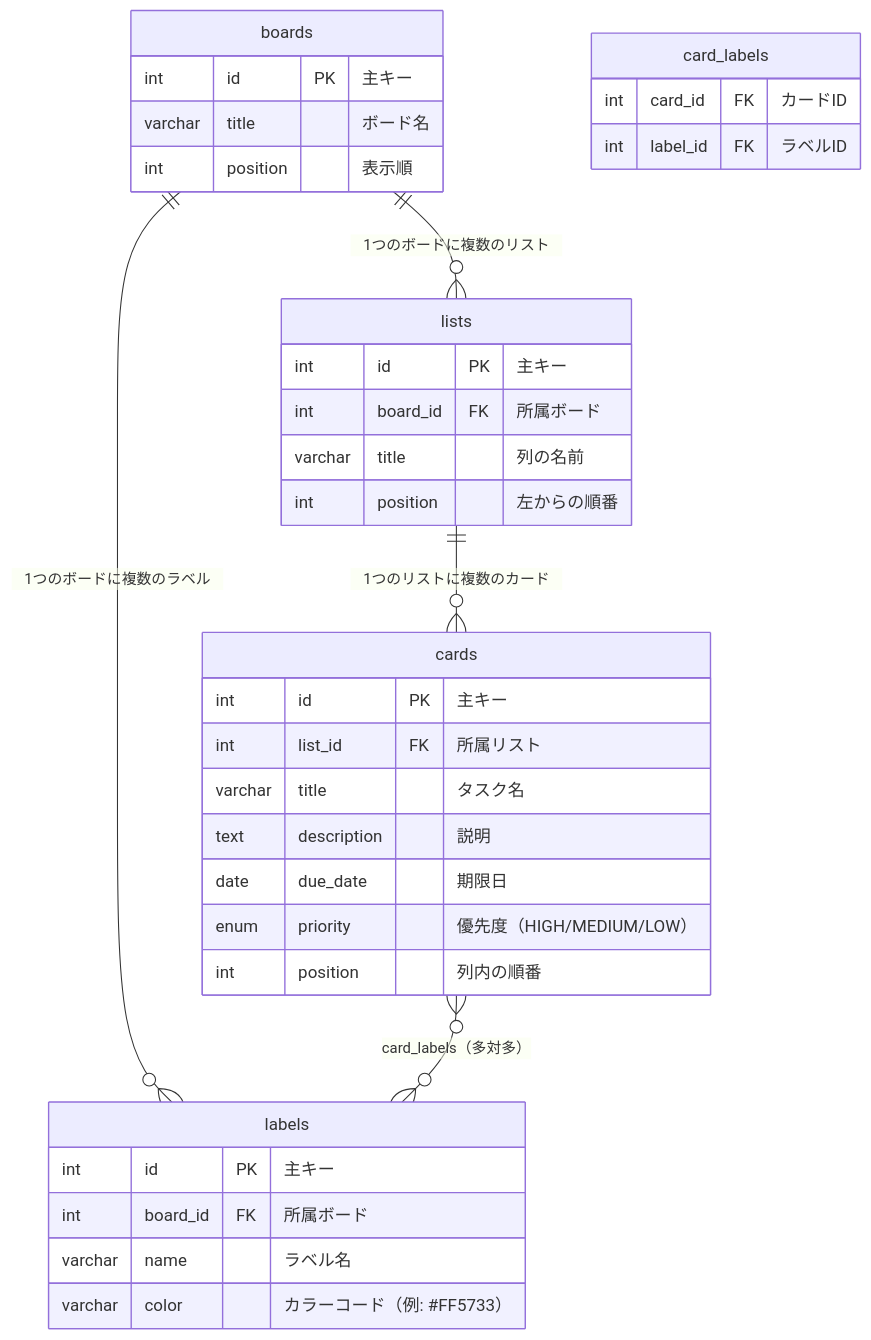
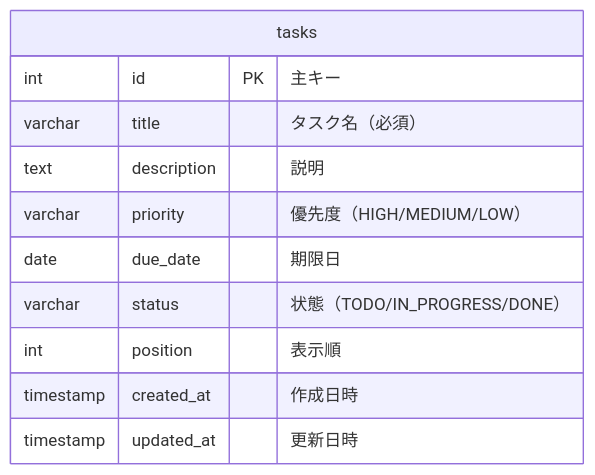
One commit to Tempest9174/Trello1 changed the diagram in docs/er_diagram.md. Above: the diagram before and after it, drawn with Mermaid. The commit also changed other lines of this file and 17 other files, not shown here.

````diff
--- a/docs/er_diagram.md
+++ b/docs/er_diagram.md
@@ -21,38 +17,14 @@
 ```mermaid
 erDiagram
-    boards {
+    tasks {
         int id PK "主キー"
-        varchar title "ボード名"
+        varchar title "タスク名（必須）"
+        text description "説明"
+        varchar priority "優先度（HIGH/MEDIUM/LOW）"
+        date due_date "期限日"
+        varchar status "状態（TODO/IN_PROGRESS/DONE）"
         int position "表示順"
+        timestamp created_at "作成日時"
+        timestamp updated_at "更新日時"
     }
-    lists {
-        int id PK "主キー"
-        int board_id FK "所属ボード"
-        varchar title "列の名前"
-        int position "左からの順番"
-    }
-    cards {
-        int id PK "主キー"
-        int list_id FK "所属リスト"
-        varchar title "タスク名"
-        text description "説明"
-        date due_date "期限日"
-        enum priority "優先度（HIGH/MEDIUM/LOW）"
-        int position "列内の順番"
-    }
-    labels {
-        int id PK "主キー"
-        int board_id FK "所属ボード"
-        varchar name "ラベル名"
-        varchar color "カラーコード（例: #FF5733）"
-    }
-    card_labels {
-        int card_id FK "カードID"
-        int label_id FK "ラベルID"
-    }
-
-    boards ||--o{ lists : "1つのボードに複数のリスト"
-    lists ||--o{ cards : "1つのリストに複数のカード"
-    boards ||--o{ labels : "1つのボードに複数のラベル"
-    cards }o--o{ labels : "card_labels（多対多）"
 ```
````
